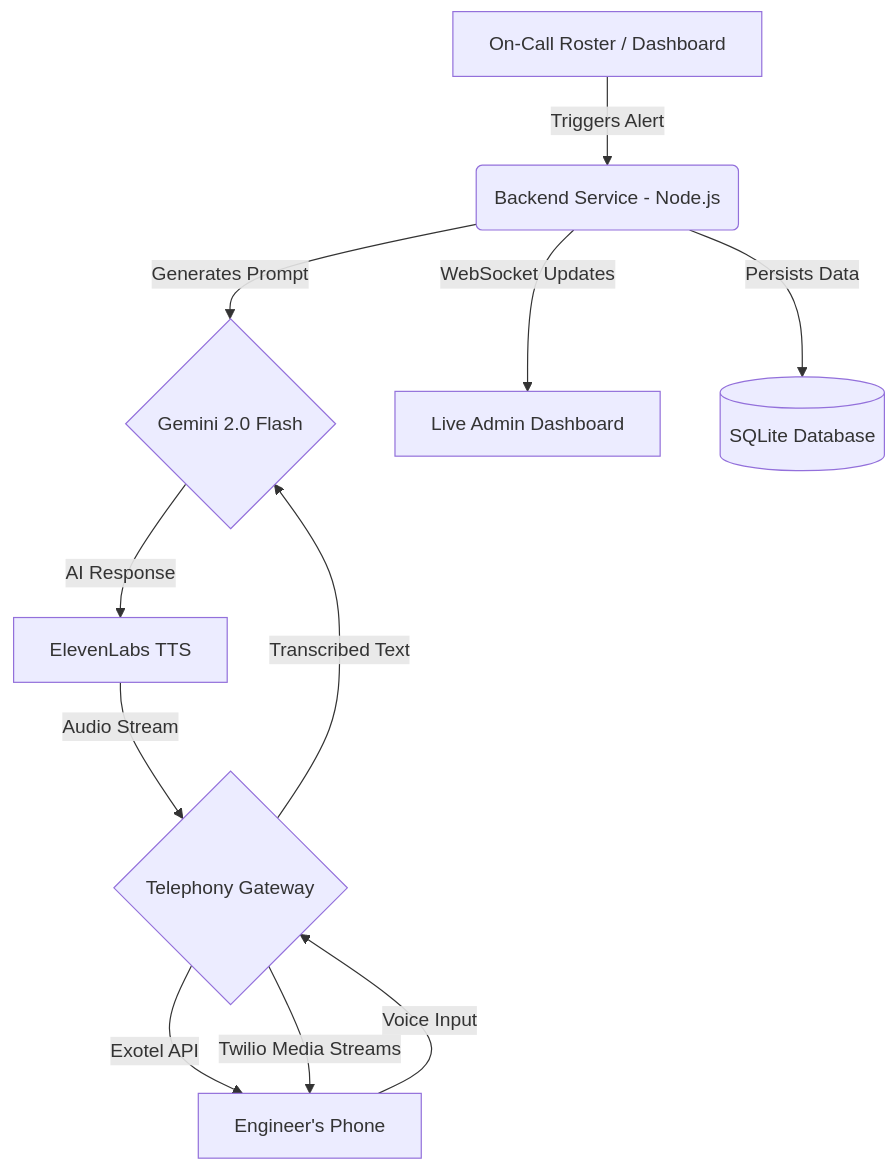
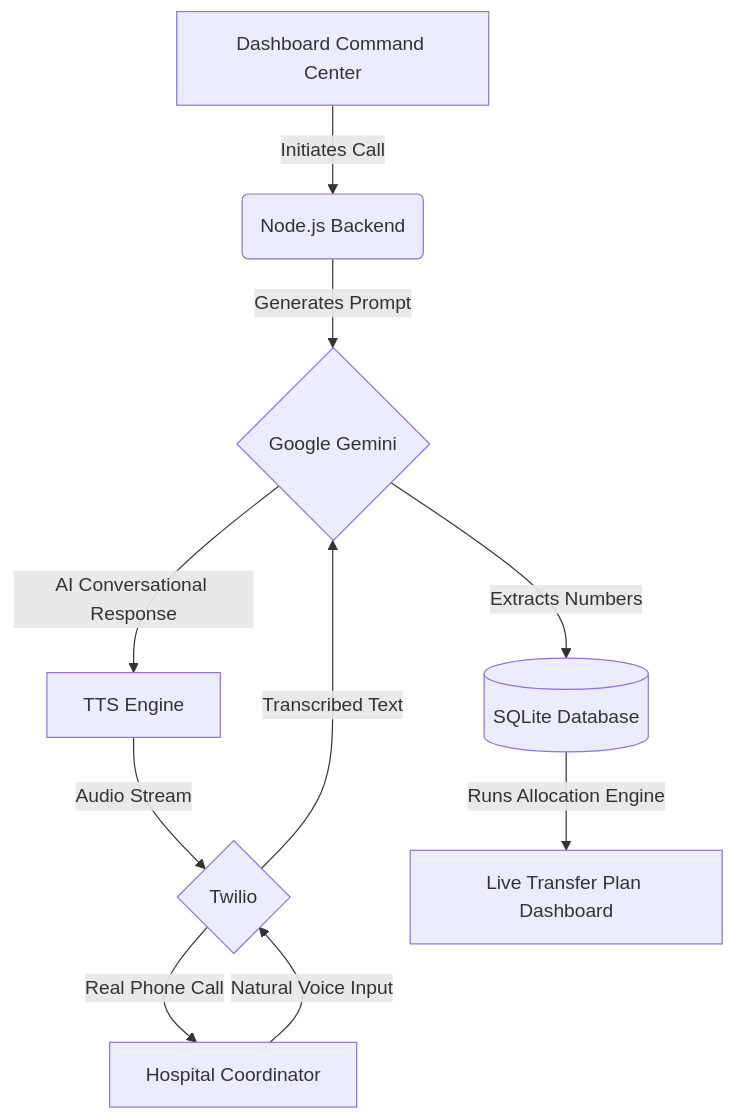
One commit to DarshanVarpe/AI_Calling_Agent changed the diagram in README.md. Above: the diagram before and after it, drawn with Mermaid. The commit also changed other lines of this file, not shown here.

Commit message:
docs: Rewrite README to reflect Healthcare Resource Allocation Hackathon context

````diff
--- a/README.md
+++ b/README.md
@@ -45,13 +38,12 @@
 ```mermaid
 graph TD
-    A[On-Call Roster / Dashboard] -->|Triggers Alert| B(Backend Service - Node.js)
-    B -->|Generates Prompt| C{Gemini 2.0 Flash}
-    C -->|AI Response| D[ElevenLabs TTS]
-    D -->|Audio Stream| E{Telephony Gateway}
-    E -->|Exotel API| F[Engineer's Phone]
-    E -->|Twilio Media Streams| F
-    F -->|Voice Input| E
+    A[Dashboard Command Center] -->|Initiates Call| B(Node.js Backend)
+    B -->|Generates Prompt| C{Google Gemini}
+    C -->|AI Conversational Response| D[TTS Engine]
+    D -->|Audio Stream| E{Twilio}
+    E -->|Real Phone Call| F[Hospital Coordinator]
+    F -->|Natural Voice Input| E
     E -->|Transcribed Text| C
-    B -->|WebSocket Updates| G[Live Admin Dashboard]
-    B -->|Persists Data| H[(SQLite Database)]
+    C -->|Extracts Numbers| G[(SQLite Database)]
+    G -->|Runs Allocation Engine| H[Live Transfer Plan Dashboard]
 ```
````
